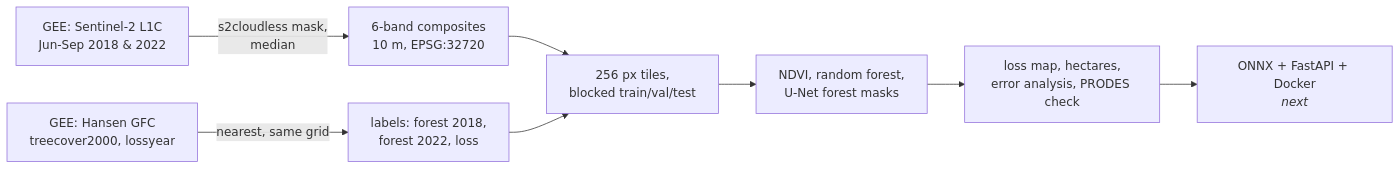
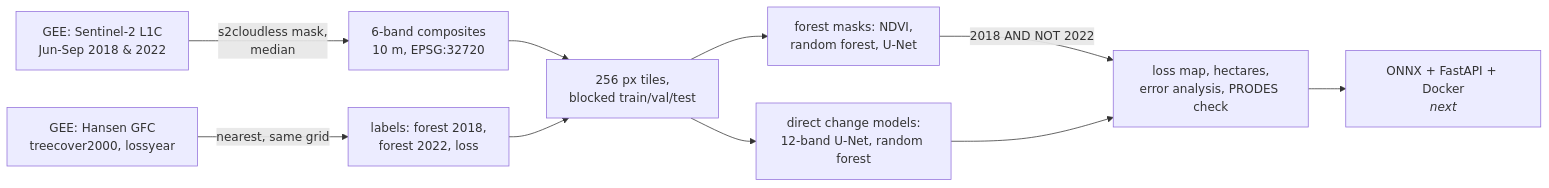
The diagram in README.md (Nishchalam/Deforestation-detection), drawn with Mermaid before and after one commit. The commit also changed other lines of this file and 15 other files, not shown here.

First line of the commit message:
Add direct change models (12-band U-Net and random forest) for 2018->2022 loss

````diff
--- a/README.md
+++ b/README.md
@@ -9,10 +9,12 @@
 ```mermaid
 flowchart LR
     A[GEE: Sentinel-2 L1C<br/>Jun-Sep 2018 & 2022] -->|s2cloudless mask,<br/>median| B[6-band composites<br/>10 m, EPSG:32720]
     H[GEE: Hansen GFC<br/>treecover2000, lossyear] -->|nearest, same grid| L[labels: forest 2018,<br/>forest 2022, loss]
     B --> T[256 px tiles,<br/>blocked train/val/test]
     L --> T
-    T --> M[NDVI, random forest,<br/>U-Net forest masks]
-    M --> C[loss map, hectares,<br/>error analysis, PRODES check]
+    T --> M[forest masks: NDVI,<br/>random forest, U-Net]
+    T --> D2[direct change models:<br/>12-band U-Net, random forest]
+    M -->|2018 AND NOT 2022| C[loss map, hectares,<br/>error analysis, PRODES check]
+    D2 --> C
     C --> D[ONNX + FastAPI + Docker<br/><i>next</i>]
 ```
````
